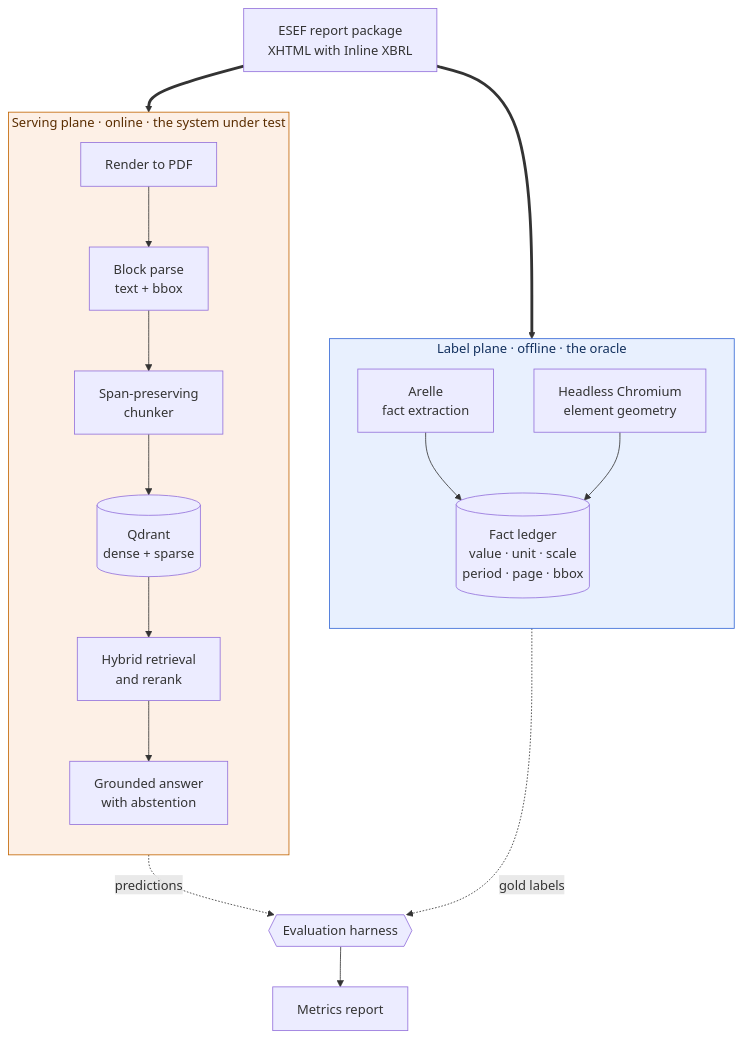
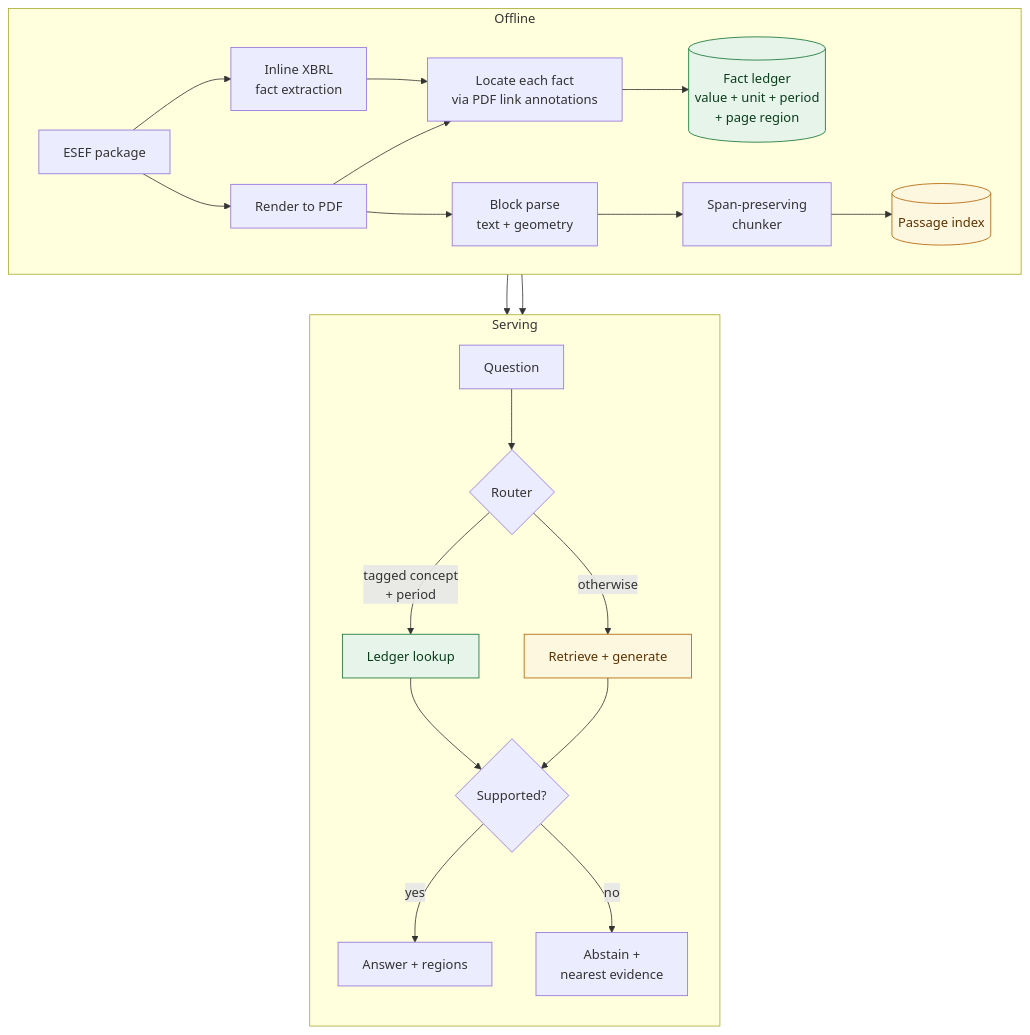
Before and after one commit to Vijay190899/disclosure-rag: the first of 2 diagrams in docs/TECHNICAL_DOCUMENTATION.md, drawn with Mermaid. The commit also changed other lines of this file and 49 other files, not shown here.

````diff
--- a/docs/TECHNICAL_DOCUMENTATION.md
+++ b/docs/TECHNICAL_DOCUMENTATION.md
@@ -108,38 +52,33 @@
 ```mermaid
 flowchart TB
-    SRC["ESEF report package<br/>XHTML with Inline XBRL"]
-
-    subgraph LP["Label plane · offline · the oracle"]
-        direction TB
-        AR["Arelle<br/>fact extraction"]
-        PW["Headless Chromium<br/>element geometry"]
-        LED[("Fact ledger<br/>value · unit · scale<br/>period · page · bbox")]
-        AR --> LED
-        PW --> LED
+    subgraph OFF["Offline"]
+        direction LR
+        F["ESEF package"] --> X["Inline XBRL<br/>fact extraction"]
+        F --> R1["Render to PDF"]
+        X --> LOC["Locate each fact<br/>via PDF link annotations"]
+        R1 --> LOC
+        LOC --> LED[("Fact ledger<br/>value + unit + period<br/>+ page region")]
+        R1 --> B["Block parse<br/>text + geometry"]
+        B --> C["Span-preserving<br/>chunker"]
+        C --> IDX[("Passage index")]
     end
 
-    subgraph SP["Serving plane · online · the system under test"]
+    subgraph ON["Serving"]
         direction TB
-        RND["Render to PDF"]
-        PRS["Block parse<br/>text + bbox"]
-        CHK["Span-preserving<br/>chunker"]
-        IDX[("Qdrant<br/>dense + sparse")]
-        RET["Hybrid retrieval<br/>and rerank"]
-        GEN["Grounded answer<br/>with abstention"]
-        RND --> PRS --> CHK --> IDX --> RET --> GEN
+        Q["Question"] --> RT{"Router"}
+        RT -->|"tagged concept<br/>+ period"| LA["Ledger lookup"]
+        RT -->|"otherwise"| PA["Retrieve + generate"]
+        LA --> S{"Supported?"}
+        PA --> S
+        S -->|yes| OUT["Answer + regions"]
+        S -->|no| ABS["Abstain +<br/>nearest evidence"]
     end
 
-    EVAL{{"Evaluation harness"}}
-    RPT["Metrics report"]
+    LED --> LA
+    IDX --> PA
 
-    SRC ==> LP
-    SRC ==> SP
-    LED -. "gold labels" .-> EVAL
-    GEN -. "predictions" .-> EVAL
-    EVAL --> RPT
-
-    classDef oracle fill:#e8f0fe,stroke:#3367d6,color:#12305e
-    classDef sut fill:#fdf0e6,stroke:#c26401,color:#5a2d00
-    class LP oracle
-    class SP sut
+    classDef exact fill:#e6f4ea,stroke:#137333,color:#0b3d1c
+    classDef soft fill:#fef7e0,stroke:#b06000,color:#5c3200
+    class LA,LED exact
+    class PA,IDX soft
 ```
````
